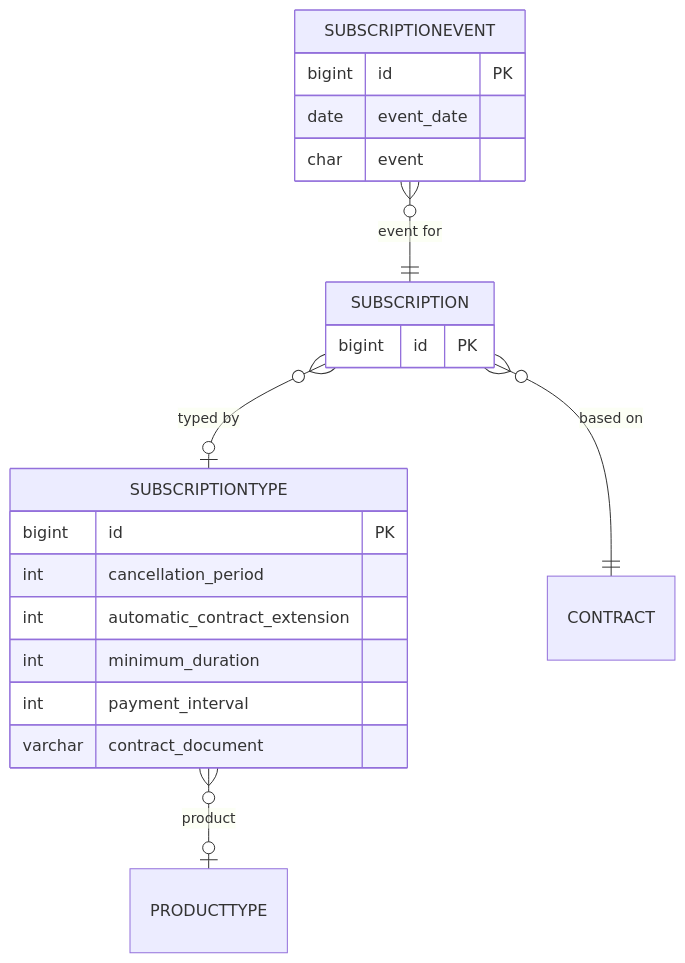
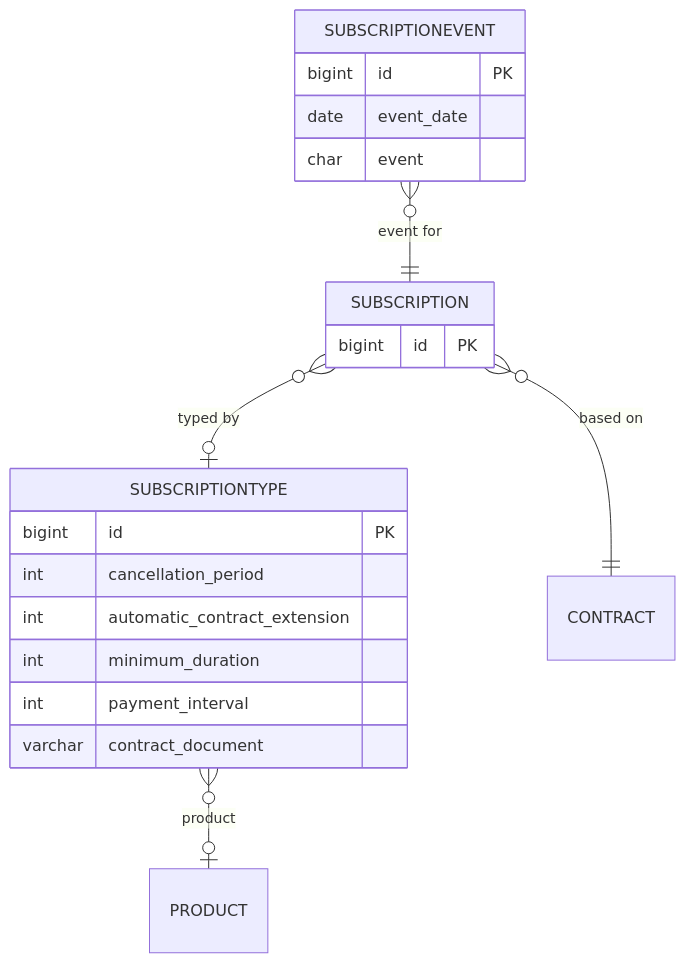
Diagram 11 of 12 in doc/08_cross_cutting_concepts/QQ_SD_EntityRelationDiagram.md (KoalixSwitzerland/koalixcrm_system), drawn with Mermaid before and after one commit. The commit also changed other lines of this file, not shown here.

First line of the commit message:
docs: update entity relation diagram to implemented products and stock domain model (#19)

````diff
--- a/doc/08_cross_cutting_concepts/QQ_SD_EntityRelationDiagram.md
+++ b/doc/08_cross_cutting_concepts/QQ_SD_EntityRelationDiagram.md
@@ -529,24 +947,24 @@
 ```mermaid
 erDiagram
     SUBSCRIPTION {
         bigint id PK
     }
     SUBSCRIPTIONTYPE {
         bigint id PK
         int cancellation_period
         int automatic_contract_extension
         int minimum_duration
         int payment_interval
         varchar contract_document
     }
     SUBSCRIPTIONEVENT {
         bigint id PK
         date event_date
         char event
     }
 
     SUBSCRIPTION }o--|| CONTRACT : "based on"
     SUBSCRIPTION }o--o| SUBSCRIPTIONTYPE : "typed by"
     SUBSCRIPTIONEVENT }o--|| SUBSCRIPTION : "event for"
-    SUBSCRIPTIONTYPE }o--o| PRODUCTTYPE : "product"
+    SUBSCRIPTIONTYPE }o--o| PRODUCT : "product"
 ```
````
